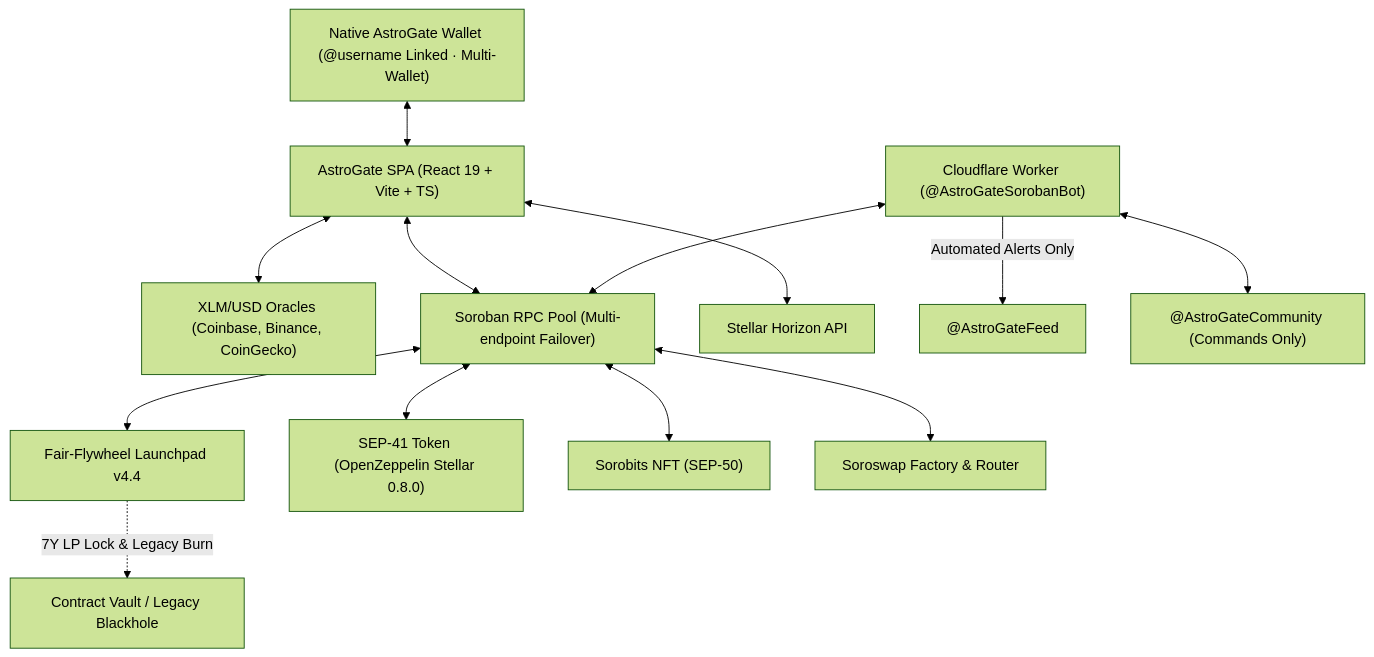
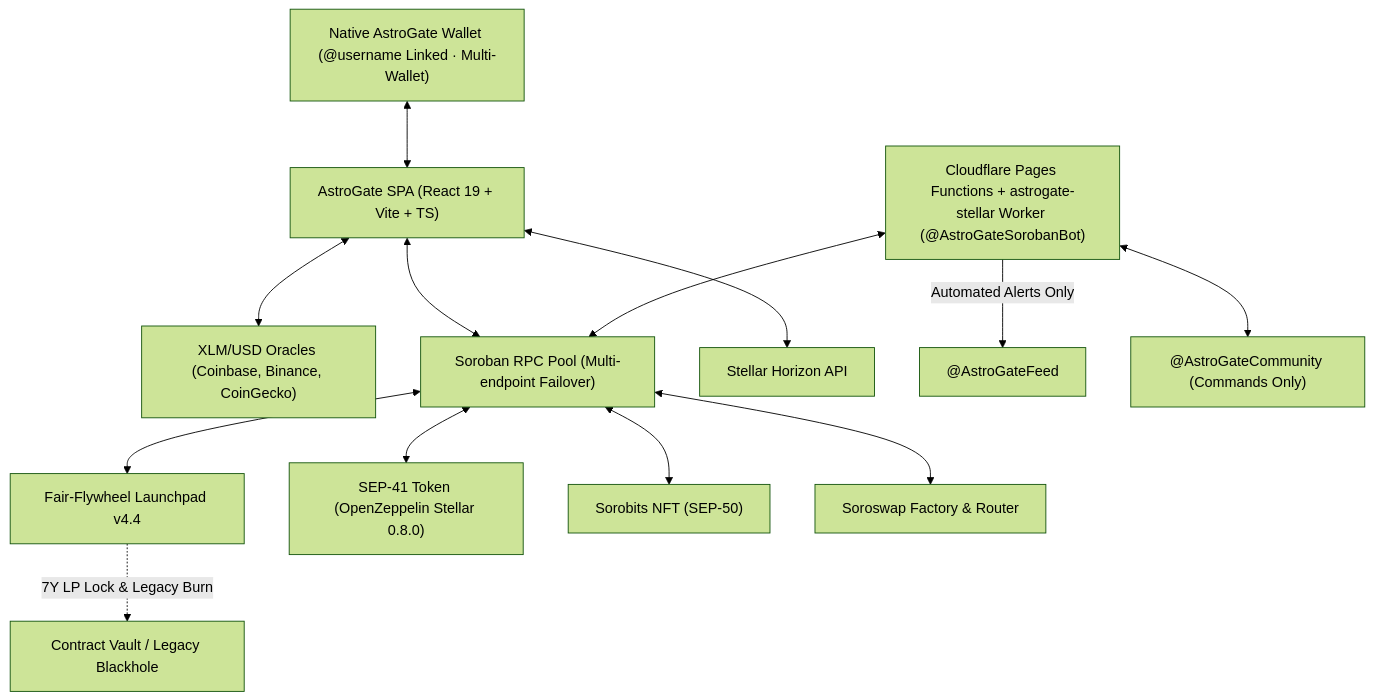
One commit to NunaLabsDev/astrogate changed the diagram in README.md. Above: the diagram before and after it, drawn with Mermaid (forest theme). The commit also changed other lines of this file and 4 other files, not shown here.

Commit message:
docs: sync Fair-Flywheel v4.4 specs, Pages Functions + ASTROW service binding & test counts [AI-generated]

````diff
--- a/README.md
+++ b/README.md
@@ -36,15 +36,15 @@
 ```mermaid
 flowchart TD
     User["Native AstroGate Wallet (@username Linked · Multi-Wallet)"] <--> Frontend["AstroGate SPA (React 19 + Vite + TS)"]
     Frontend <--> Oracles["XLM/USD Oracles (Coinbase, Binance, CoinGecko)"]
     Frontend <--> RPC["Soroban RPC Pool (Multi-endpoint Failover)"]
     Frontend <--> Horizon["Stellar Horizon API"]
     RPC <--> Launchpad["Fair-Flywheel Launchpad v4.4"]
     RPC <--> Token["SEP-41 Token (OpenZeppelin Stellar 0.8.0)"]
     RPC <--> Sorobits["Sorobits NFT (SEP-50)"]
     RPC <--> Soroswap["Soroswap Factory & Router"]
     Launchpad -. "7Y LP Lock & Legacy Burn" .-> Blackhole["Contract Vault / Legacy Blackhole"]
-    Worker["Cloudflare Worker (@AstroGateSorobanBot)"] <--> RPC
+    Worker["Cloudflare Pages Functions + astrogate-stellar Worker (@AstroGateSorobanBot)"] <--> RPC
     Worker -- "Automated Alerts Only" --> Feed["@AstroGateFeed"]
     Worker <--> Community["@AstroGateCommunity (Commands Only)"]
 ```
````
